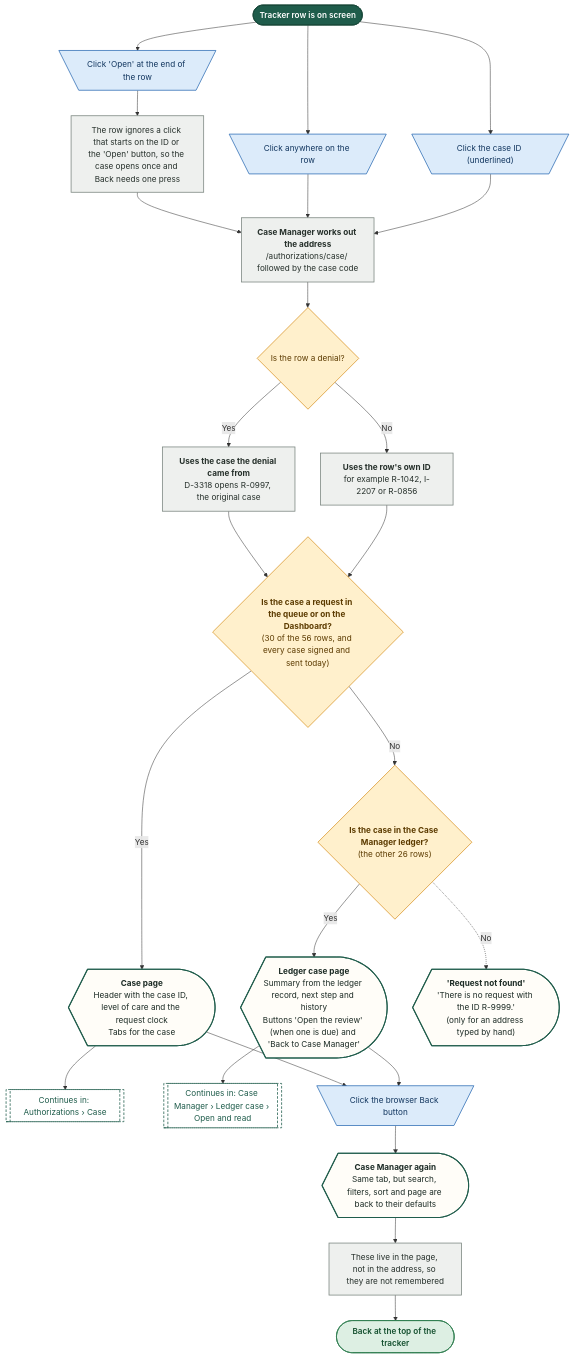
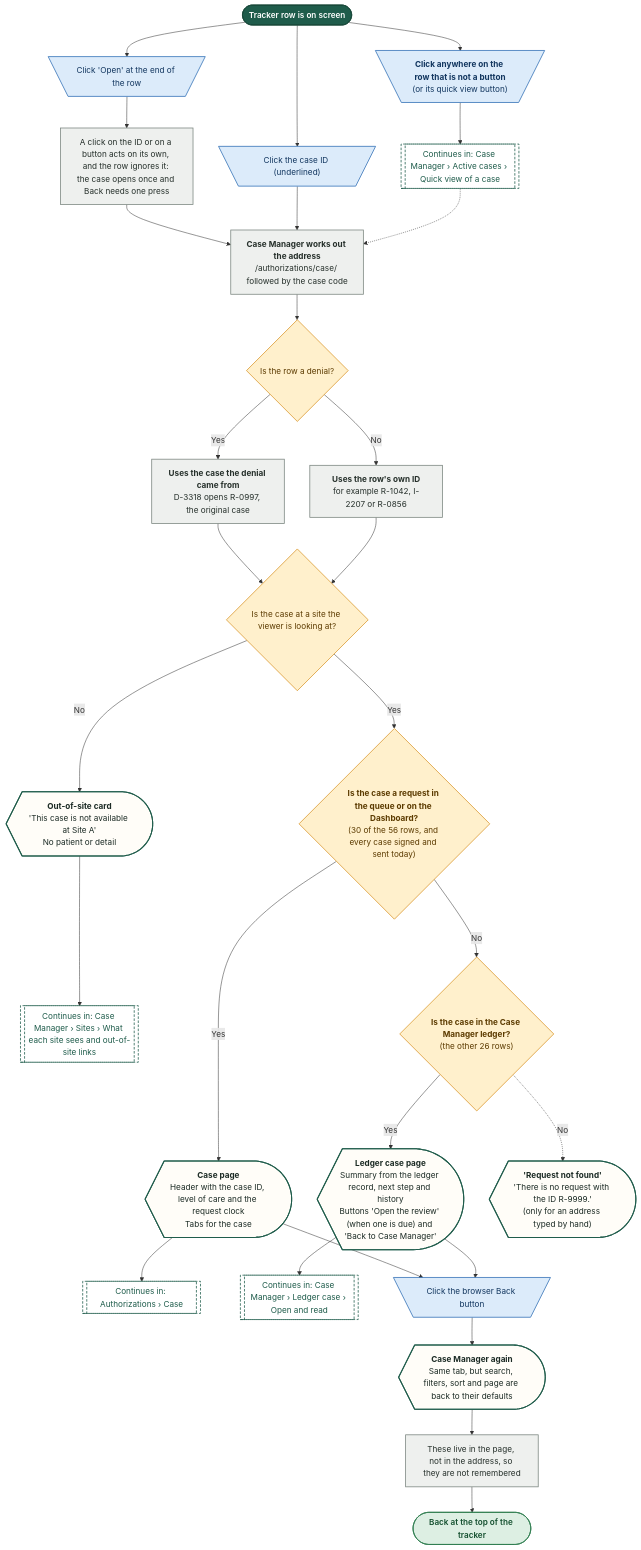
Diagram 11 of 24 in demos/prior-auth-demo/workflows/out/md/07-case-manager.md (Shrav143/psyfloapp), drawn with Mermaid before and after one commit. The commit also changed other lines of this file and 251 other files, not shown here.

First line of the commit message:
docs: rebuild the workflow diagrams (291) for round 4

````diff
--- a/demos/prior-auth-demo/workflows/out/md/07-case-manager.md
+++ b/demos/prior-auth-demo/workflows/out/md/07-case-manager.md
@@ -763,61 +768,68 @@
 ```mermaid
 %%{init: {"theme":"base","themeVariables":{"fontFamily":"'DM Sans', 'Segoe UI', system-ui, sans-serif","fontSize":"15px","lineColor":"#5B6B63","primaryTextColor":"#1C2B25","clusterBkg":"#FBF8F3","clusterBorder":"#D9CDBB","edgeLabelBackground":"#FFFFFF"},"flowchart":{"curve":"basis","nodeSpacing":36,"rankSpacing":48,"padding":12,"htmlLabels":true,"useMaxWidth":false,"wrappingWidth":230}} }%%
 flowchart TD
   classDef k_start fill:#1F5C4B,stroke:#174638,color:#FFFFFF,stroke-width:1.5px,font-weight:600
   classDef k_end fill:#DDEFE3,stroke:#2E7D4F,color:#14502F,stroke-width:1.5px,font-weight:600
   classDef k_endx fill:#FBE3E0,stroke:#C0392B,color:#7A1F16,stroke-width:1.5px,font-weight:600
   classDef k_screen fill:#FFFDF8,stroke:#1F5C4B,color:#1C2B25,stroke-width:2px
   classDef k_overlay fill:#F1F7F3,stroke:#1F5C4B,color:#1C2B25,stroke-width:2px,stroke-dasharray:5 3
   classDef k_click fill:#DCEBFA,stroke:#2F6DB5,color:#12365F,stroke-width:1.5px
   classDef k_input fill:#E4E7FF,stroke:#4C5FD5,color:#1D2670,stroke-width:1.5px
   classDef k_process fill:#EEF0EE,stroke:#7A857F,color:#26302B,stroke-width:1.5px
   classDef k_agent fill:#EEE5FA,stroke:#7A4FC2,color:#341A63,stroke-width:1.5px
   classDef k_decision fill:#FFF0CC,stroke:#D9962B,color:#5C3B00,stroke-width:1.5px
   classDef k_store fill:#D5F0EA,stroke:#1C8E7B,color:#0B4A3F,stroke-width:1.5px
   classDef k_doc fill:#F6E9DC,stroke:#B07A4C,color:#4A2E14,stroke-width:1.5px
   classDef k_ext fill:#FFE6D2,stroke:#E07B39,color:#6B2F06,stroke-width:1.5px
   classDef k_wait fill:#E4E8EE,stroke:#6B7C93,color:#26303D,stroke-width:1.5px
   classDef k_toast fill:#FFF9DB,stroke:#C9A400,color:#5A4A00,stroke-width:1.5px
   classDef k_goto fill:#FFFFFF,stroke:#1F5C4B,color:#1F5C4B,stroke-width:1.5px,stroke-dasharray:5 3
   s1@{ shape: stadium, label: "Tracker row is on screen" }
-  c1@{ shape: trap-t, label: "Click anywhere on the row" }
+  c1@{ shape: trap-t, label: "<b>Click anywhere on the row that is not a button</b><br/>(or its quick view button)" }
+  gq@{ shape: subproc, label: "Continues in: Case Manager › Active cases › Quick view of a case" }
   c2@{ shape: trap-t, label: "Click the case ID (underlined)" }
   c3@{ shape: trap-t, label: "Click 'Open' at the end of the row" }
-  p0@{ shape: rect, label: "The row ignores a click that starts on the ID or the 'Open' button, so the case opens once and Back needs one press" }
+  p0@{ shape: rect, label: "A click on the ID or on a button acts on its own, and the row ignores it: the case opens once and Back needs one press" }
   p1@{ shape: rect, label: "<b>Case Manager works out the address</b><br/>/authorizations/case/ followed by the case code" }
   d1@{ shape: diam, label: "Is the row a denial?" }
   p2@{ shape: rect, label: "<b>Uses the case the denial came from</b><br/>D-3318 opens R-0997, the original case" }
   p3@{ shape: rect, label: "<b>Uses the row's own ID</b><br/>for example R-1042, I-2207 or R-0856" }
+  dsite@{ shape: diam, label: "Is the case at a site the viewer is looking at?" }
+  sos@{ shape: curv-trap, label: "<b>Out-of-site card</b><br/>'This case is not available at Site A'<br/>No patient or detail" }
+  gs@{ shape: subproc, label: "Continues in: Case Manager › Sites › What each site sees and out-of-site links" }
   d2@{ shape: diam, label: "<b>Is the case a request in the queue or on the Dashboard?</b><br/>(30 of the 56 rows, and every case signed and sent today)" }
   s2@{ shape: curv-trap, label: "<b>Case page</b><br/>Header with the case ID, level of care and the request clock<br/>Tabs for the case" }
   g1@{ shape: subproc, label: "Continues in: Authorizations › Case" }
   d3@{ shape: diam, label: "<b>Is the case in the Case Manager ledger?</b><br/>(the other 26 rows)" }
   s3@{ shape: curv-trap, label: "<b>Ledger case page</b><br/>Summary from the ledger record, next step and history<br/>Buttons 'Open the review' (when one is due) and 'Back to Case Manager'" }
   g3@{ shape: subproc, label: "Continues in: Case Manager › Ledger case › Open and read" }
   s5@{ shape: curv-trap, label: "<b>'Request not found'</b><br/>'There is no request with the ID R-9999.'<br/>(only for an address typed by hand)" }
   c5@{ shape: trap-t, label: "Click the browser Back button" }
   s4@{ shape: curv-trap, label: "<b>Case Manager again</b><br/>Same tab, but search, filters, sort and page are back to their defaults" }
   p5@{ shape: rect, label: "These live in the page, not in the address, so they are not remembered" }
   e1@{ shape: stadium, label: "Back at the top of the tracker" }
   s1 --> c1 & c2 & c3
   c3 --> p0 --> p1
-  c1 --> p1
+  c1 --> gq
   c2 --> p1
+  gq -.-> p1
   p1 --> d1
-  d1 -->|"Yes"| p2 --> d2
-  d1 -->|"No"| p3 --> d2
+  d1 -->|"Yes"| p2 --> dsite
+  d1 -->|"No"| p3 --> dsite
+  dsite -->|"No"| sos --> gs
+  dsite -->|"Yes"| d2
   d2 -->|"Yes"| s2 --> g1
   d2 -->|"No"| d3
   d3 -->|"Yes"| s3 --> g3
   d3 -.->|"No"| s5
   s2 --> c5
   s3 --> c5
   c5 --> s4 --> p5 --> e1
   class s1 k_start
   class c1,c2,c3,c5 k_click
+  class gq,gs,g1,g3 k_goto
   class p0,p1,p2,p3,p5 k_process
-  class d1,d2,d3 k_decision
-  class s2,s3,s5,s4 k_screen
-  class g1,g3 k_goto
+  class d1,dsite,d2,d3 k_decision
+  class sos,s2,s3,s5,s4 k_screen
   class e1 k_end
 ```
````
